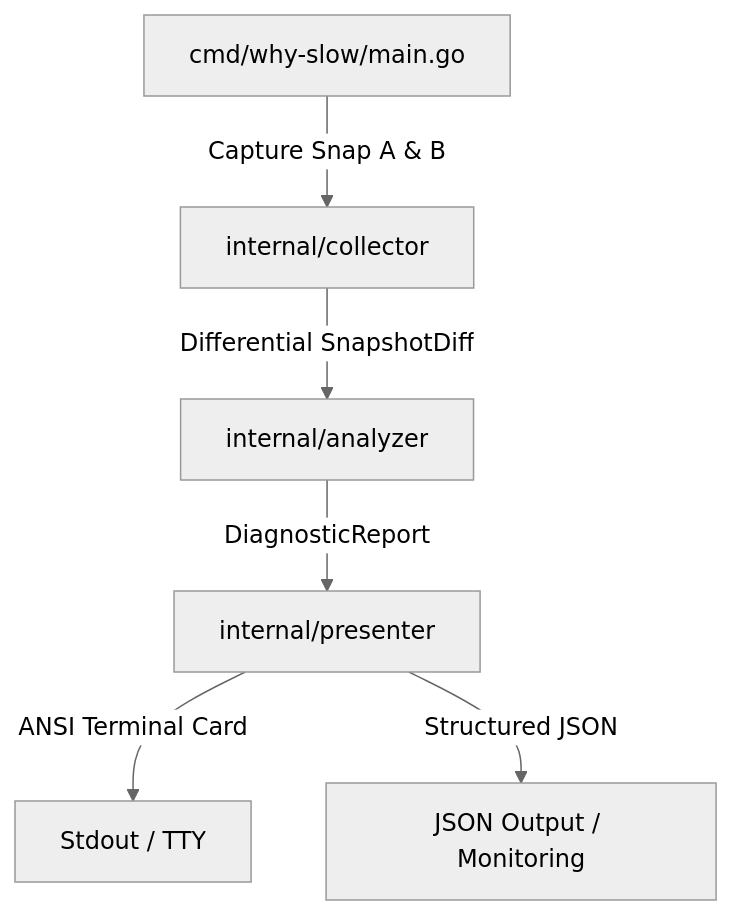
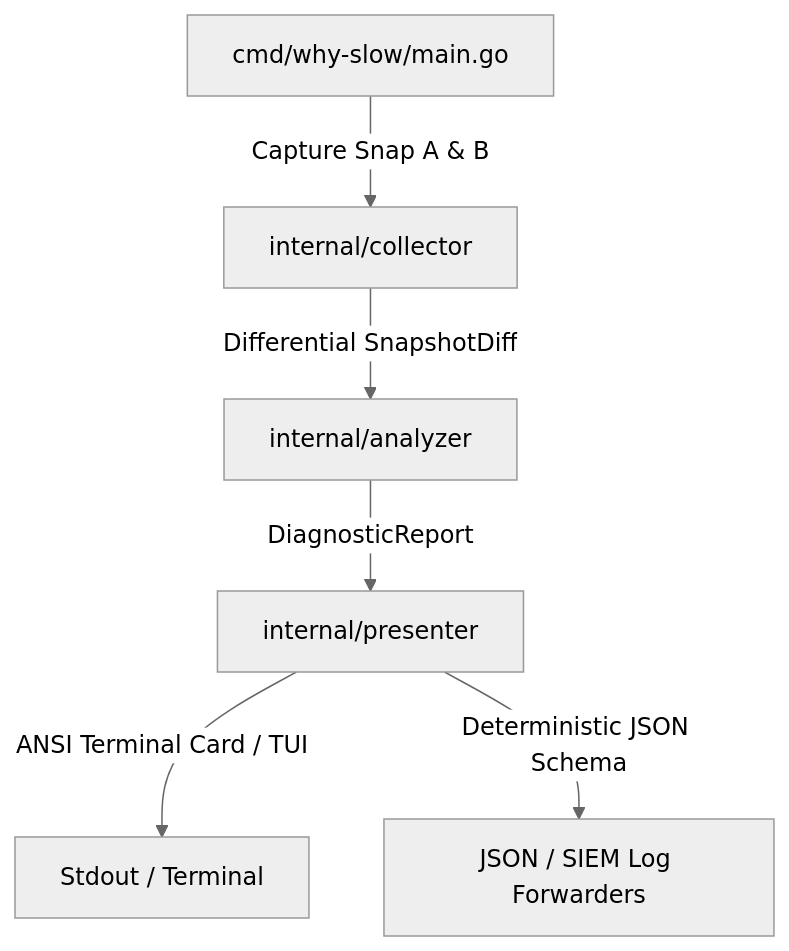
One commit to cetinkayaismail/why-slow changed the first of 2 diagrams in docs/ARCHITECTURE.md. Above: the diagram before and after it, drawn with Mermaid (neutral theme). The commit also changed other lines of this file and 39 other files, not shown here.

````diff
--- a/docs/ARCHITECTURE.md
+++ b/docs/ARCHITECTURE.md
@@ -9,8 +9,8 @@
 ```mermaid
 graph TD
     CLI[cmd/why-slow/main.go] -->|Capture Snap A & B| Collector[internal/collector]
     Collector -->|Differential SnapshotDiff| Analyzer[internal/analyzer]
     Analyzer -->|DiagnosticReport| Presenter[internal/presenter]
-    Presenter -->|ANSI Terminal Card| Stdout[Stdout / TTY]
-    Presenter -->|Structured JSON| SIEM[JSON Output / Monitoring]
+    Presenter -->|ANSI Terminal Card / TUI| Stdout[Stdout / Terminal]
+    Presenter -->|Deterministic JSON Schema| SIEM[JSON / SIEM Log Forwarders]
 ```
````
